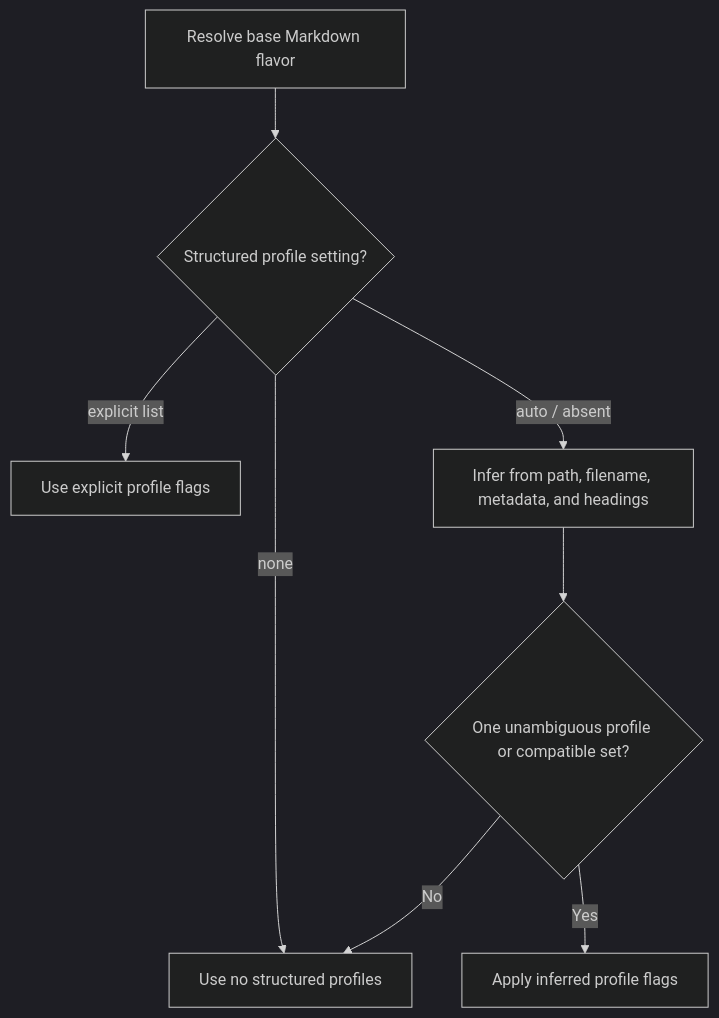
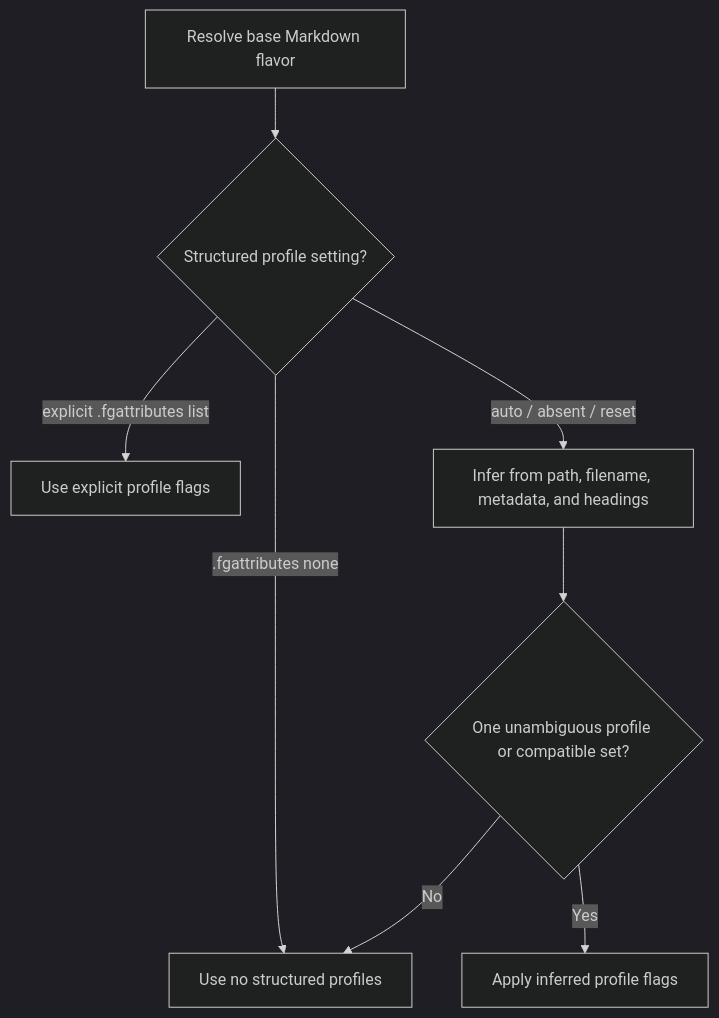
Before and after one commit to alisonaquinas/flavor-grenade-lsp: the diagram in docs/design/markdown-structured-profile-flags.md, drawn with Mermaid (dark theme). The commit also changed other lines of this file and 55 other files, not shown here.

````diff
--- a/docs/design/markdown-structured-profile-flags.md
+++ b/docs/design/markdown-structured-profile-flags.md
@@ -138,10 +116,10 @@
 ```mermaid
 flowchart TD
   A["Resolve base Markdown flavor"] --> B{"Structured profile setting?"}
-  B -- "explicit list" --> C["Use explicit profile flags"]
-  B -- "none" --> D["Use no structured profiles"]
-  B -- "auto / absent" --> E["Infer from path, filename, metadata, and headings"]
+  B -- "explicit .fgattributes list" --> C["Use explicit profile flags"]
+  B -- ".fgattributes none" --> D["Use no structured profiles"]
+  B -- "auto / absent / reset" --> E["Infer from path, filename, metadata, and headings"]
   E --> F{"One unambiguous profile or compatible set?"}
   F -- "Yes" --> G["Apply inferred profile flags"]
   F -- "No" --> D
 ```
````
